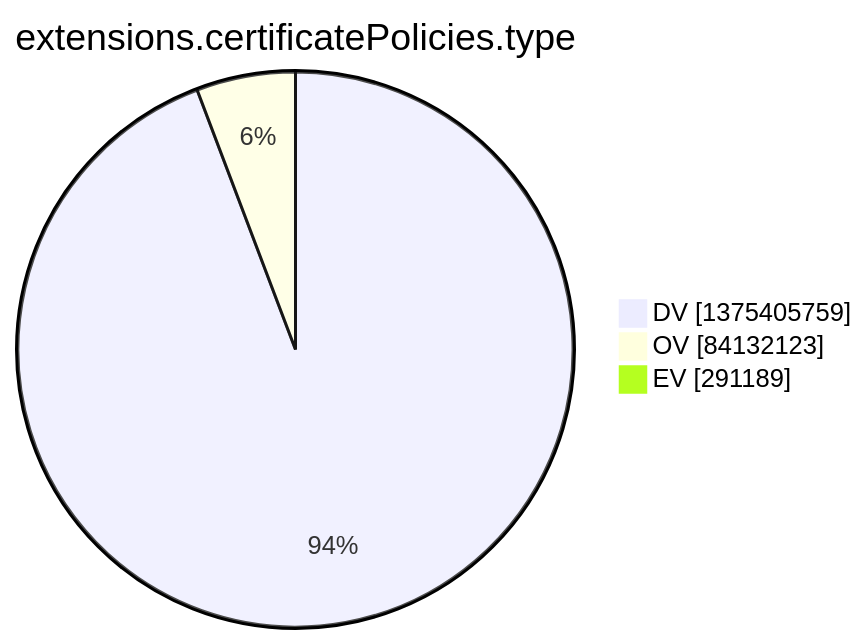
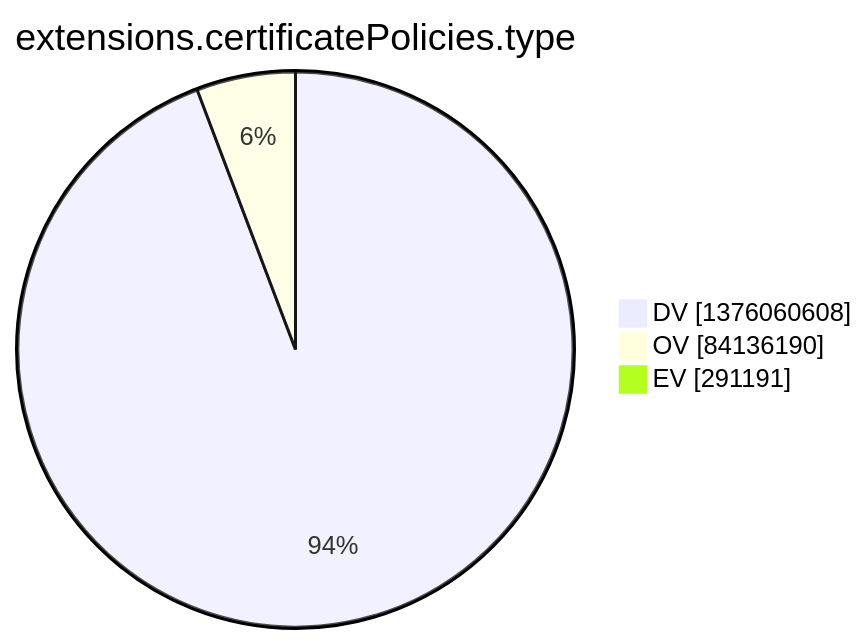
One commit to christiankrug/ctmonitor_visualization changed the tenth of 15 diagrams in argon2022/README.md. Above: the diagram before and after it, drawn with Mermaid. The commit also changed other lines of this file, not shown here.

````diff
--- a/argon2022/README.md
+++ b/argon2022/README.md
@@ -2773,7 +2773,7 @@
 ```mermaid
 pie showData
 title extensions.certificatePolicies.type
-"DV" :1375405759
-"OV" :84132123
-"EV" :291189
+"DV" :1376060608
+"OV" :84136190
+"EV" :291191
 ```
````
